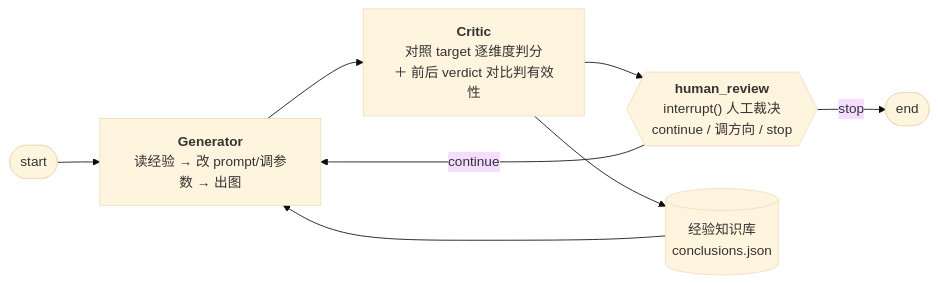
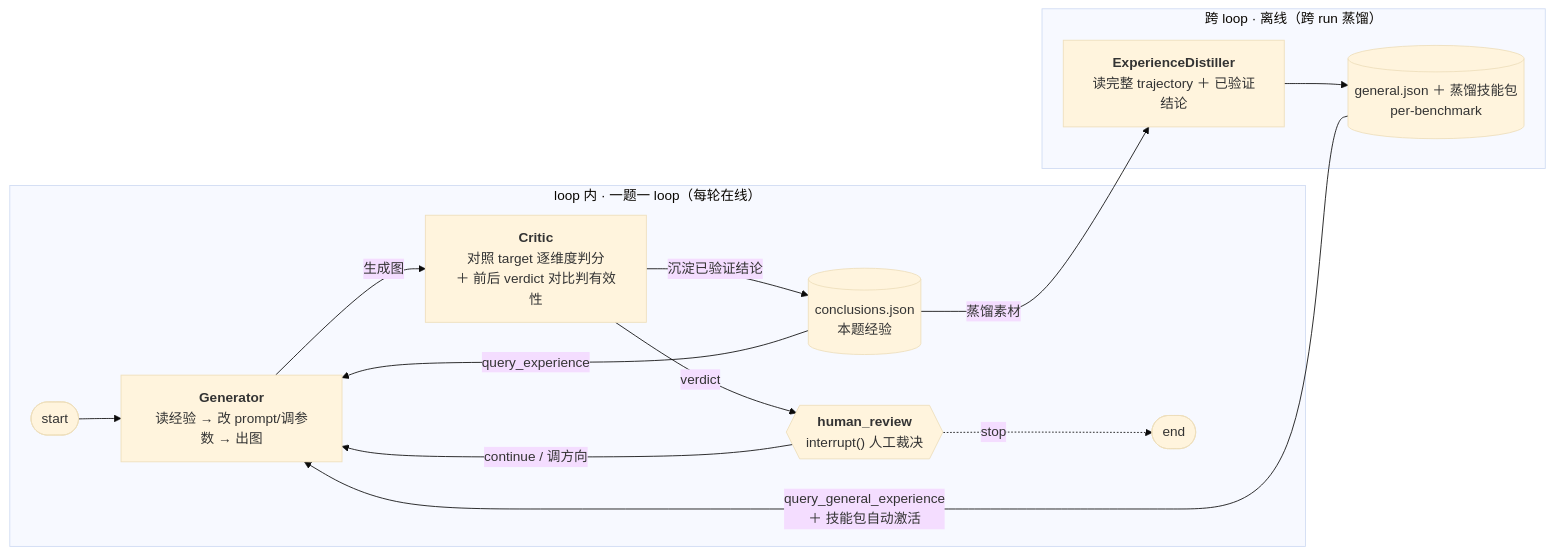
One commit to zenthos-z/img-iter-agent changed the diagram in README.md. Above: the diagram before and after it, drawn with Mermaid (base theme). The commit also changed other lines of this file, not shown here.

Commit message:
docs(readme): 系统总览补 ExperienceDistiller——三个 agent 双闭环
单闭环图漏掉了离线蒸馏环：conclusions.json 跨 loop 汇入 ExperienceDistiller →
general.json + 技能包 → 回注 Generator（query_general_experience + per-bench 激活）。
loop 内/跨 loop 两个 subgraph 区分在线博弈与离线蒸馏。

````diff
--- a/README.md
+++ b/README.md
@@ -34,10 +37,17 @@
 ```mermaid
 flowchart LR
-  START([start]) --> G["<b>Generator</b><br/>读经验 → 改 prompt/调参数 → 出图"]
-  G --> C["<b>Critic</b><br/>对照 target 逐维度判分<br/>＋ 前后 verdict 对比判有效性"]
-  C --> R{{"<b>human_review</b><br/>interrupt() 人工裁决<br/>continue / 调方向 / stop"}}
-  R -- continue --> G
-  R -- stop --> END([end])
-  C --> KB[("经验知识库<br/>conclusions.json")]
-  KB --> G
+  subgraph inloop["loop 内 · 一题一 loop（每轮在线）"]
+    START([start]) --> G["<b>Generator</b><br/>读经验 → 改 prompt/调参数 → 出图"]
+    G -->|"生成图"| C["<b>Critic</b><br/>对照 target 逐维度判分<br/>＋ 前后 verdict 对比判有效性"]
+    C -->|"verdict"| R{{"<b>human_review</b><br/>interrupt() 人工裁决"}}
+    R -->|"continue / 调方向"| G
+    R -.->|"stop"| DONE([end])
+    C -->|"沉淀已验证结论"| CJ[("conclusions.json<br/>本题经验")]
+    CJ -->|"query_experience"| G
+  end
+  subgraph crossloop["跨 loop · 离线（跨 run 蒸馏）"]
+    D["<b>ExperienceDistiller</b><br/>读完整 trajectory ＋ 已验证结论"] --> GJ[("general.json ＋ 蒸馏技能包<br/>per-benchmark")]
+  end
+  CJ -->|"蒸馏素材"| D
+  GJ -->|"query_general_experience<br/>＋ 技能包自动激活"| G
 ```
````
